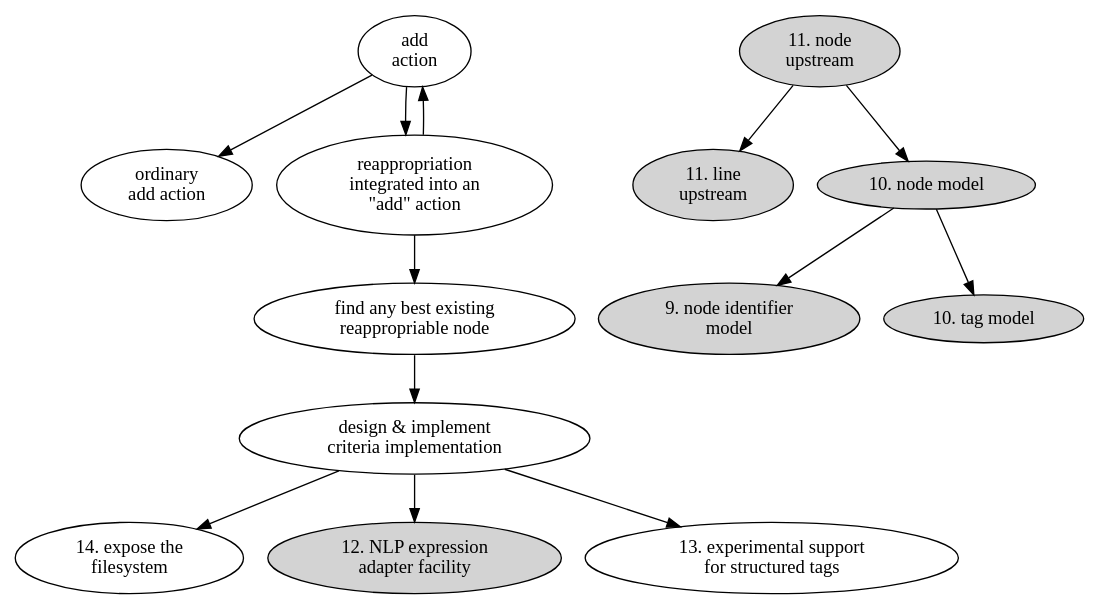
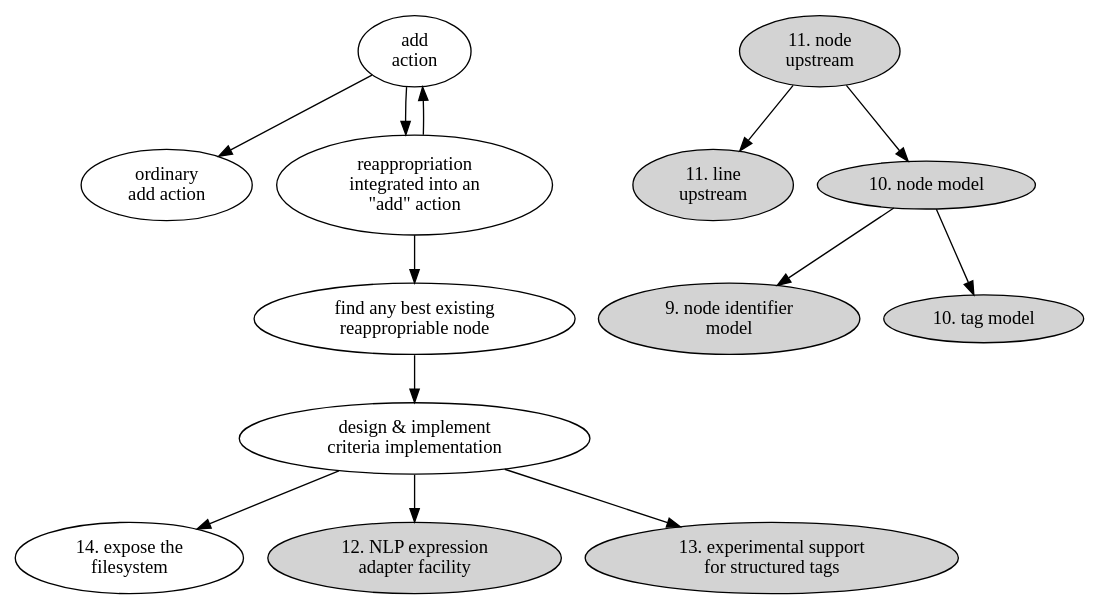
Before and after one commit to hipe/tmx: the diagram in lib/skylab/snag/doc/issues/038/component-digraph.dot, drawn with Graphviz. The commit also changed 20 other files, not shown here.

First line of the commit message:
([sg] 13.B begin the structured tags experiment (.. 2794))

```diff
--- a/lib/skylab/snag/doc/issues/038/component-digraph.dot
+++ b/lib/skylab/snag/doc/issues/038/component-digraph.dot
@@ -1,33 +1,33 @@
 digraph {
 
   aa [label="add\naction" ]
   de [label="design & implement\ncriteria implementation"]
   FS [label="14. expose the\nfilesystem"]
   line_upstream [label="11. line\nupstream" style=filled]
   NLP_experiment [label="12. NLP expression\nadapter facility" style=filled]
   node_identifier_model [label="9. node identifier\nmodel" style=filled]
   node_model [label="10. node model" style=filled]
   node_upstream [label="11. node\nupstream" style=filled]
   oaa [label="ordinary\nadd action"]
   rea [label="reappropriation\nintegrated into an\n\"add\" action" ]
   rea_actor [label="find any best existing\nreappropriable node" ]
-  stru [label="13. experimental support\nfor structured tags"]
+  stru [label="13. experimental support\nfor structured tags" style=filled]
   tag_model [label="10. tag model" style=filled]
 
   aa->rea
   rea->aa
   aa->oaa
   rea->rea_actor
 
   rea_actor->de
   de->NLP_experiment
   de->FS
   de->stru
 
   node_upstream -> line_upstream
   node_upstream -> node_model
 
   node_model -> node_identifier_model
   node_model -> tag_model
 
 }
```
